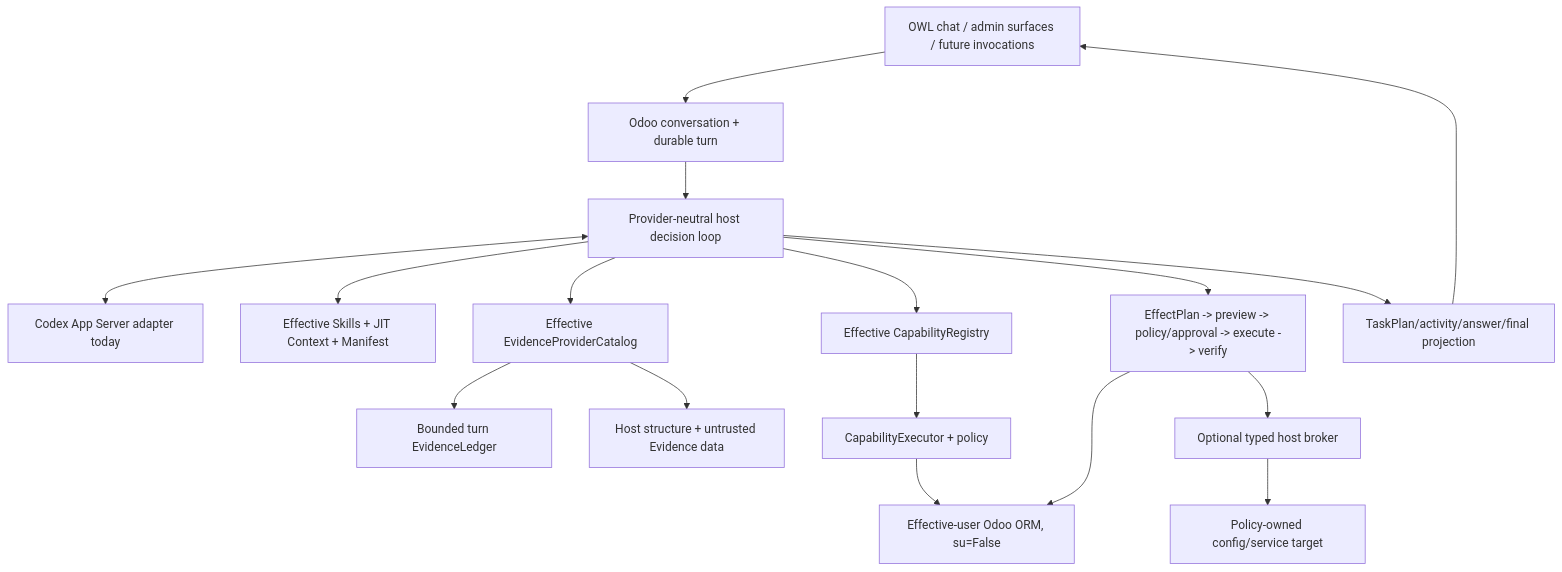
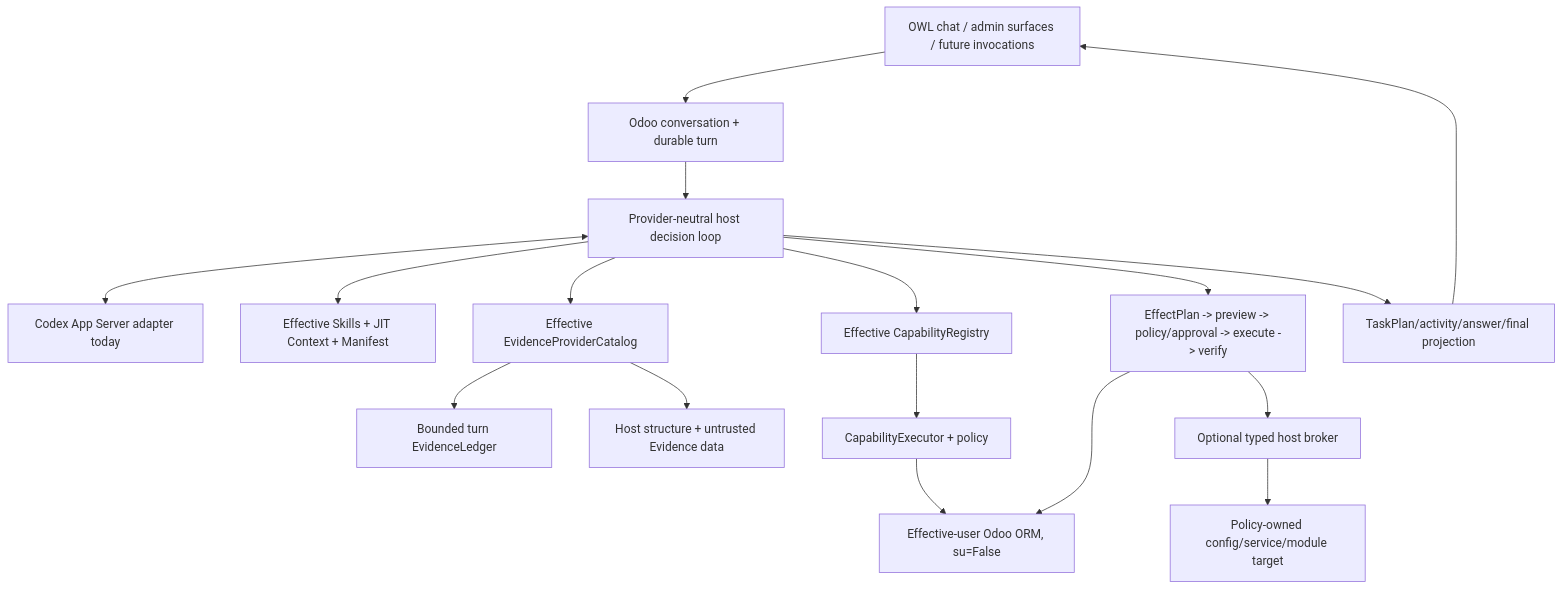
One commit to CPX-001/ai-odoo-assistant changed the diagram in docs/README.md. Above: the diagram before and after it, drawn with Mermaid. The commit also changed other lines of this file and 9 other files, not shown here.

````diff
--- a/docs/README.md
+++ b/docs/README.md
@@ -43,19 +43,19 @@
 ```mermaid
 flowchart TB
     UI[OWL chat / admin surfaces / future invocations] --> TURN[Odoo conversation + durable turn]
     TURN --> HOST[Provider-neutral host decision loop]
     HOST <--> MODEL[Codex App Server adapter today]
     HOST --> EXT[Effective Skills + JIT Context + Manifest]
     HOST --> EVC[Effective EvidenceProviderCatalog]
     EVC --> LEDGER[Bounded turn EvidenceLedger]
     EVC --> EDATA[Host structure + untrusted Evidence data]
     HOST --> CAT[Effective CapabilityRegistry]
     CAT --> EXEC[CapabilityExecutor + policy]
     EXEC --> ORM[Effective-user Odoo ORM, su=False]
     HOST --> EFFECT[EffectPlan -> preview -> policy/approval -> execute -> verify]
     EFFECT --> ORM
     EFFECT --> BROKER[Optional typed host broker]
-    BROKER --> TARGET[Policy-owned config/service target]
+    BROKER --> TARGET[Policy-owned config/service/module target]
     HOST --> LIVE[TaskPlan/activity/answer/final projection]
     LIVE --> UI
 ```
````
